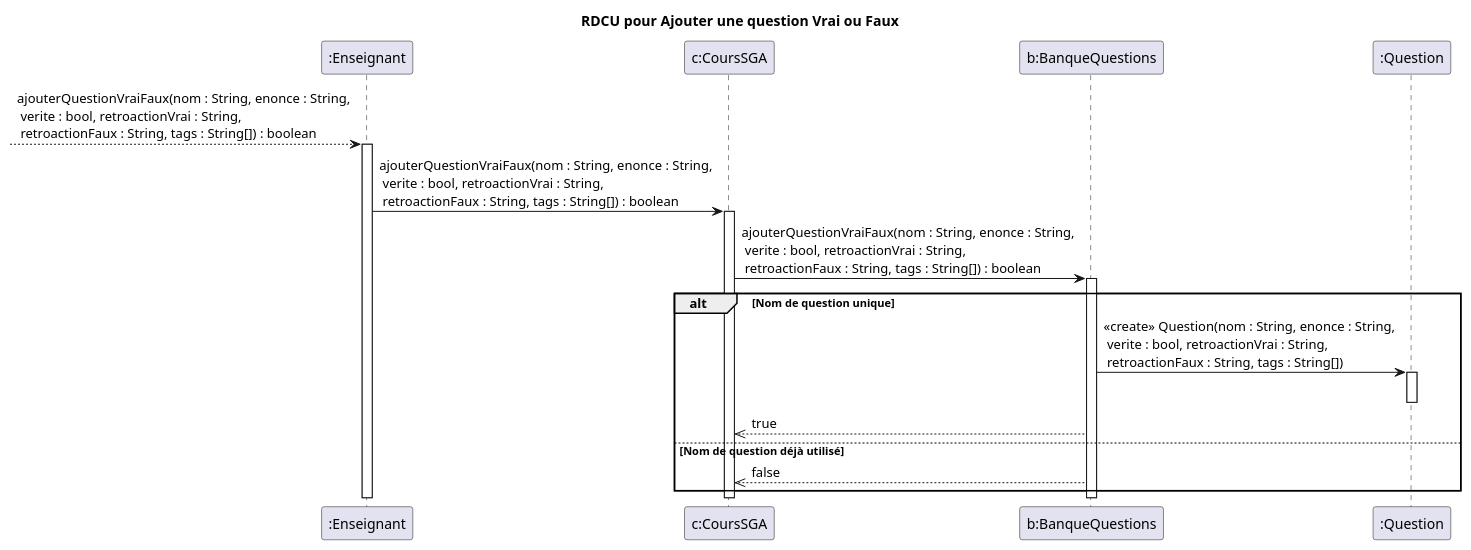
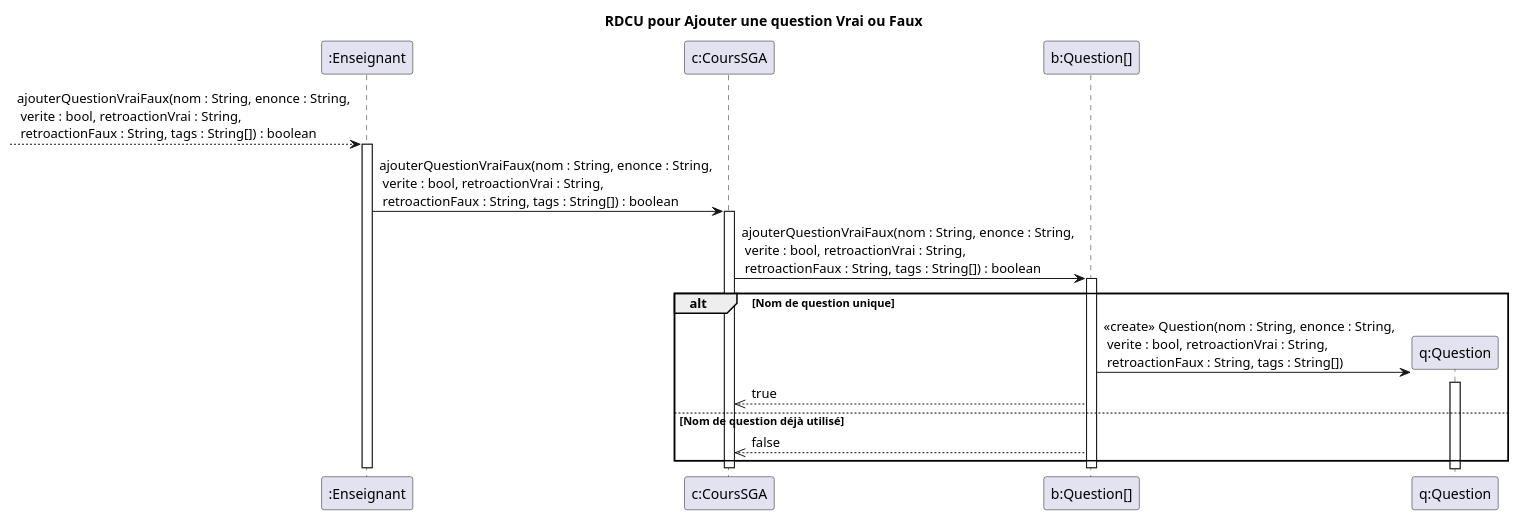
The diagram in docs/modeles/cu02/rdcu-ajouter-question-vf.puml (xMrYahya/moodle-clone), drawn with PlantUML before and after one commit. The commit also changed 3 other files, not shown here.

```diff
--- a/docs/modeles/cu02/rdcu-ajouter-question-vf.puml
+++ b/docs/modeles/cu02/rdcu-ajouter-question-vf.puml
@@ -1,25 +1,25 @@
 @startuml
 title RDCU pour Ajouter une question Vrai ou Faux
 participant ":Enseignant" as e
 participant "c:CoursSGA" as c
-participant "b:BanqueQuestions" as b
-participant ":Question" as q
+participant "b:Question[]" as b
+participant "q:Question" as q
 
 -->e : ajouterQuestionVraiFaux(nom : String, enonce : String,\n verite : bool, retroactionVrai : String,\n retroactionFaux : String, tags : String[]) : boolean
 activate e
     e->c : ajouterQuestionVraiFaux(nom : String, enonce : String,\n verite : bool, retroactionVrai : String,\n retroactionFaux : String, tags : String[]) : boolean
     activate c
       c->b : ajouterQuestionVraiFaux(nom : String, enonce : String,\n verite : bool, retroactionVrai : String,\n retroactionFaux : String, tags : String[]) : boolean
         activate b
             alt Nom de question unique 
-                b-> q : <<create>> Question(nom : String, enonce : String,\n verite : bool, retroactionVrai : String,\n retroactionFaux : String, tags : String[])
+                b-> q **: <<create>> Question(nom : String, enonce : String,\n verite : bool, retroactionVrai : String,\n retroactionFaux : String, tags : String[])
                 activate q
                 deactivate q
                 b-->> c : true
             else Nom de question déjà utilisé
                 b-->> c : false
             end alt
         deactivate b
     deactivate c
 deactivate e
 @enduml
```
